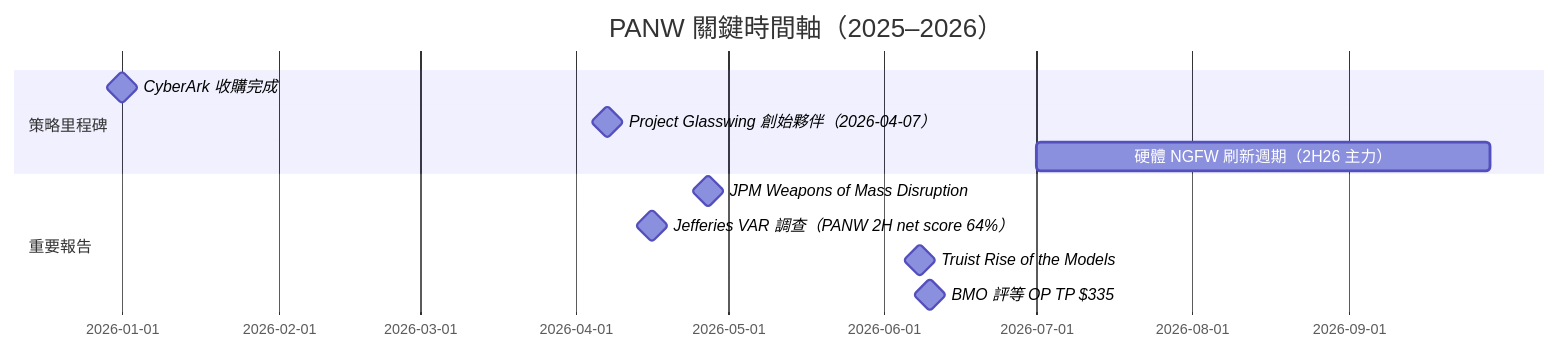
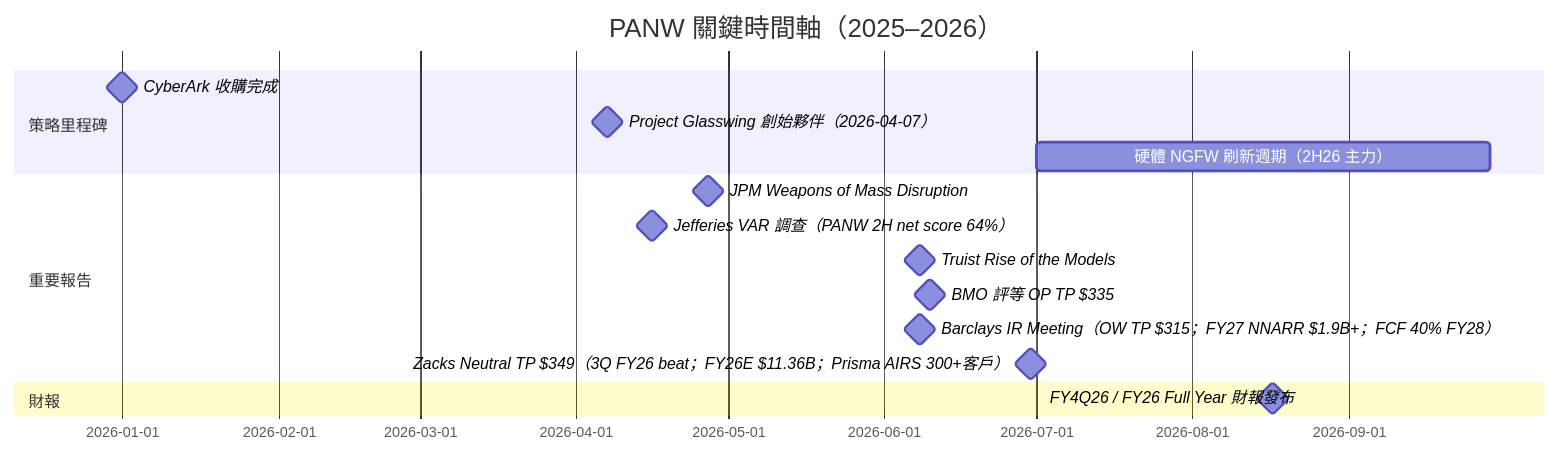
Before and after one commit to kevn950324/wiki_Stockv2: the diagram in content/lib/1.company/Overseas/PANW.US(palo alto networks).md, drawn with Mermaid. The commit also changed other lines of this file and 663 other files, not shown here.

````diff
--- a/content/lib/1.company/Overseas/PANW.US(palo alto networks).md
+++ b/content/lib/1.company/Overseas/PANW.US(palo alto networks).md
@@ -129,14 +193,18 @@
 ```mermaid
 gantt
     title PANW 關鍵時間軸（2025–2026）
     dateFormat YYYY-MM-DD
     section 策略里程碑
     CyberArk 收購完成 :milestone, 2026-01-01, 0d
     Project Glasswing 創始夥伴（2026-04-07） :milestone, 2026-04-07, 0d
     硬體 NGFW 刷新週期（2H26 主力） :2026-07-01, 90d
     section 重要報告
     JPM Weapons of Mass Disruption :milestone, 2026-04-27, 0d
     Jefferies VAR 調查（PANW 2H net score 64%） :milestone, 2026-04-16, 0d
     Truist Rise of the Models :milestone, 2026-06-08, 0d
     BMO 評等 OP TP $335 :milestone, 2026-06-10, 0d
+    Barclays IR Meeting（OW TP $315；FY27 NNARR $1.9B+；FCF 40% FY28） :milestone, 2026-06-08, 0d
+    Zacks Neutral TP $349（3Q FY26 beat；FY26E $11.36B；Prisma AIRS 300+客戶） :milestone, 2026-06-30, 0d
+    section 財報
+    FY4Q26 / FY26 Full Year 財報發布 :milestone, 2026-08-17, 0d
 ```
````
